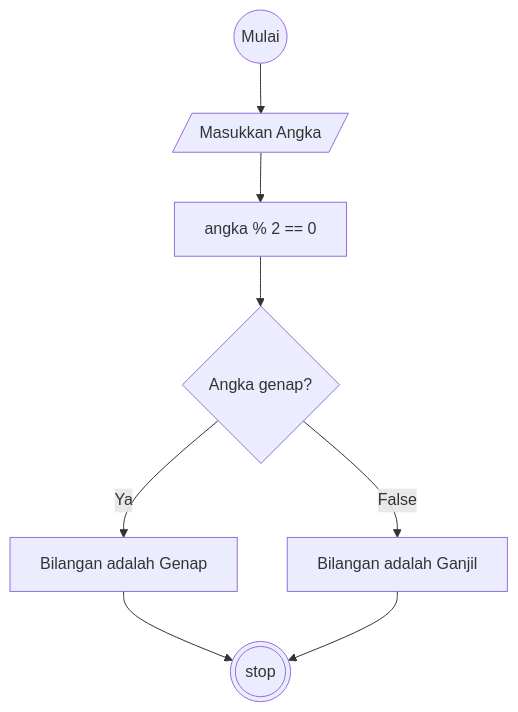
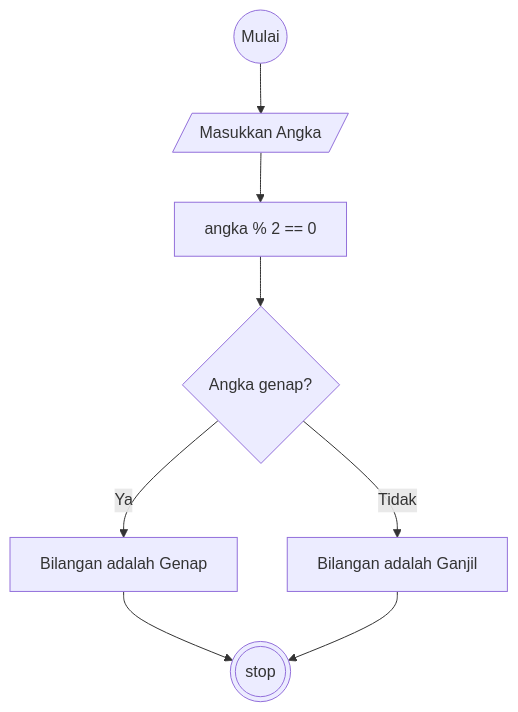
The diagram in algoritma-Ganjil-Genap.md (asasonda/koda-b1-deskriptif-algoritm), drawn with Mermaid before and after one commit.

````diff
--- a/algoritma-Ganjil-Genap.md
+++ b/algoritma-Ganjil-Genap.md
@@ -20,11 +20,11 @@
 ```mermaid
 flowchart TD
     start((Mulai)) --> Input[/Masukkan Angka/]
     Input --> proses[angka % 2 == 0]
     proses--> check{Angka genap?}
     check -- Ya --> genap[Bilangan adalah Genap]
-    check -- False --> ganjil[Bilangan adalah Ganjil]
+    check -- Tidak --> ganjil[Bilangan adalah Ganjil]
 
     genap --> selesai(((stop)))
     ganjil --> selesai
 ```
````
